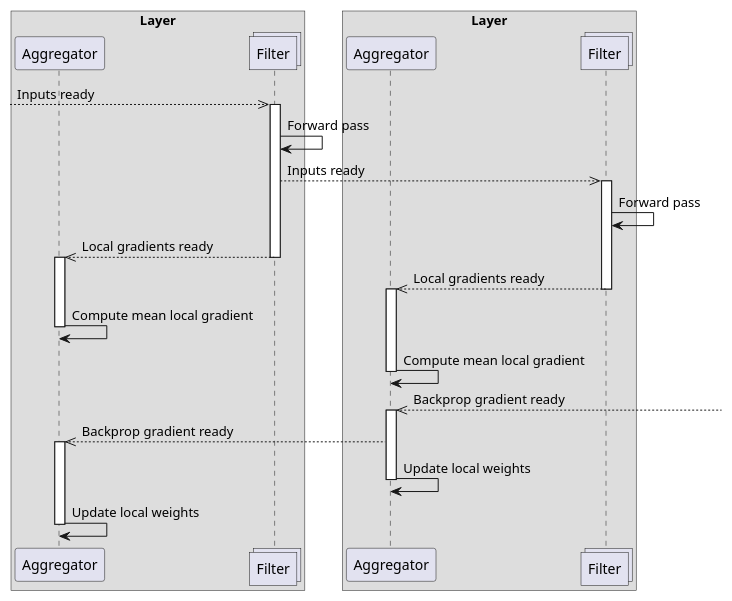
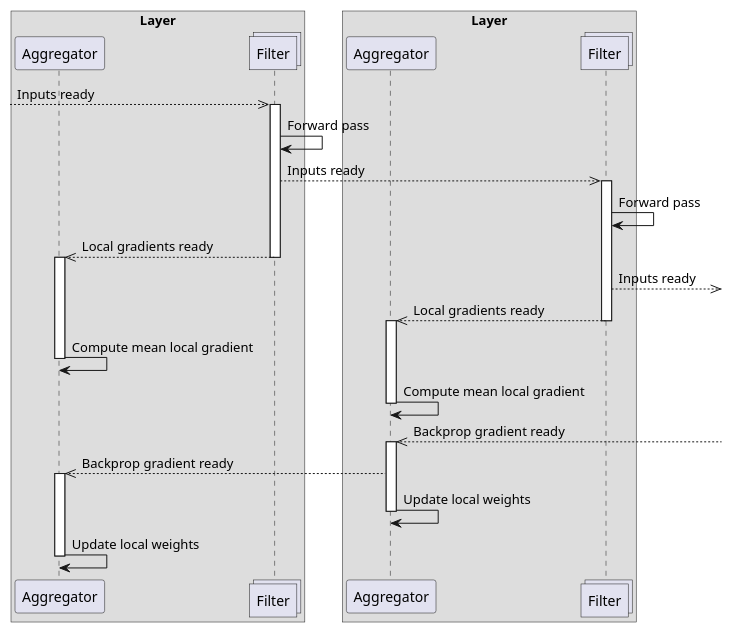
The diagram in backprop3.puml (feltech/ConvFelt), drawn with PlantUML before and after one commit.

Commit message:
Tweak UML

```diff
--- a/backprop3.puml
+++ b/backprop3.puml
@@ -1,42 +1,43 @@
 @startuml
 'https://plantuml.com/sequence-diagram
 
 box Layer
 participant Aggregator as Aggregator1
 collections Filter as Filter1
 end box
 
 box Layer
 participant Aggregator as Aggregator2
 collections Filter as Filter2
 end box
 
 -->> Filter1: Inputs ready
 activate Filter1
 Filter1 -> Filter1: Forward pass
 Filter1 -->> Filter2: Inputs ready
 activate Filter2
 Filter2 -> Filter2: Forward pass
 
 Filter1 -->> Aggregator1: Local gradients ready
 deactivate Filter1
 activate Aggregator1
 
+Filter2 -->>: Inputs ready
 Filter2 -->> Aggregator2: Local gradients ready
 deactivate Filter2
 activate Aggregator2
 
 Aggregator1 -> Aggregator1: Compute mean local gradient
 deactivate Aggregator1
 Aggregator2 -> Aggregator2: Compute mean local gradient
 deactivate Aggregator2
 Aggregator2 <<--: Backprop gradient ready
 activate Aggregator2
 Aggregator2 -->> Aggregator1: Backprop gradient ready
 activate Aggregator1
 Aggregator2 -> Aggregator2: Update local weights
 deactivate Aggregator2
 Aggregator1 -> Aggregator1: Update local weights
 deactivate Aggregator1
 
 @enduml
```
